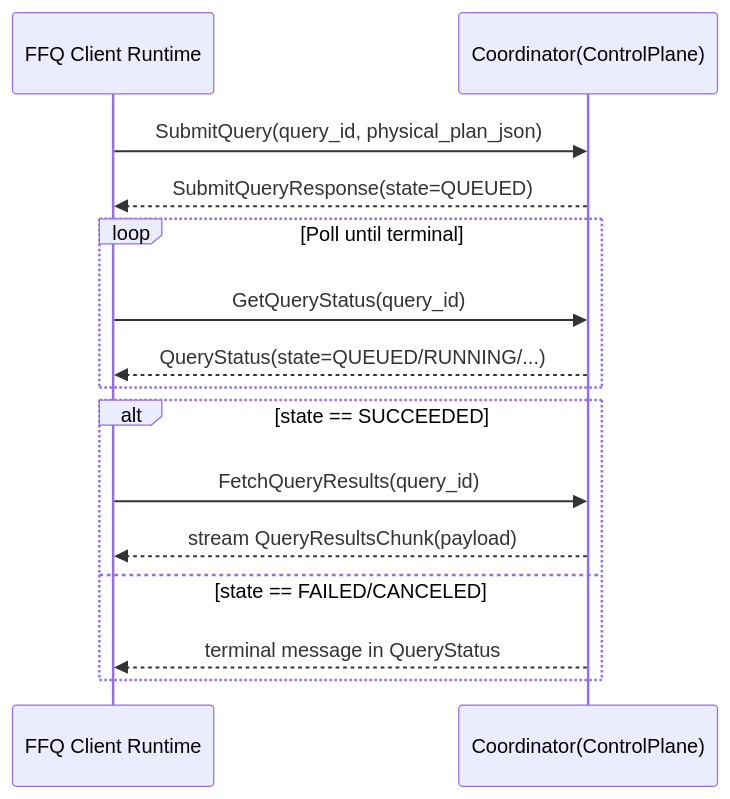
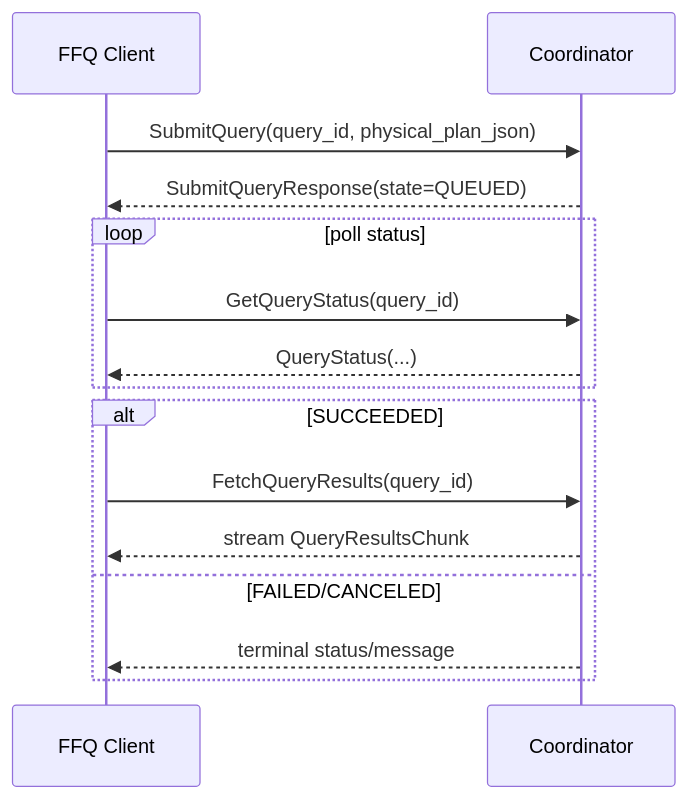
One commit to FFTLabs/fastflowquery changed the first of 2 diagrams in docs/learn/07-rpc-protocol.md. Above: the diagram before and after it, drawn with Mermaid. The commit also changed other lines of this file and 11 other files, not shown here.

````diff
--- a/docs/learn/07-rpc-protocol.md
+++ b/docs/learn/07-rpc-protocol.md
@@ -87,20 +66,20 @@
 ```mermaid
 sequenceDiagram
-    participant Client as FFQ Client Runtime
-    participant Coord as Coordinator(ControlPlane)
+    participant Client as FFQ Client
+    participant Coord as Coordinator
 
     Client->>Coord: SubmitQuery(query_id, physical_plan_json)
     Coord-->>Client: SubmitQueryResponse(state=QUEUED)
 
-    loop Poll until terminal
-        Client->>Coord: GetQueryStatus(query_id)
-        Coord-->>Client: QueryStatus(state=QUEUED/RUNNING/...)
+    loop poll status
+      Client->>Coord: GetQueryStatus(query_id)
+      Coord-->>Client: QueryStatus(...)
     end
 
-    alt state == SUCCEEDED
-        Client->>Coord: FetchQueryResults(query_id)
-        Coord-->>Client: stream QueryResultsChunk(payload)
-    else state == FAILED/CANCELED
-        Coord-->>Client: terminal message in QueryStatus
+    alt SUCCEEDED
+      Client->>Coord: FetchQueryResults(query_id)
+      Coord-->>Client: stream QueryResultsChunk
+    else FAILED/CANCELED
+      Coord-->>Client: terminal status/message
     end
 ```
````
